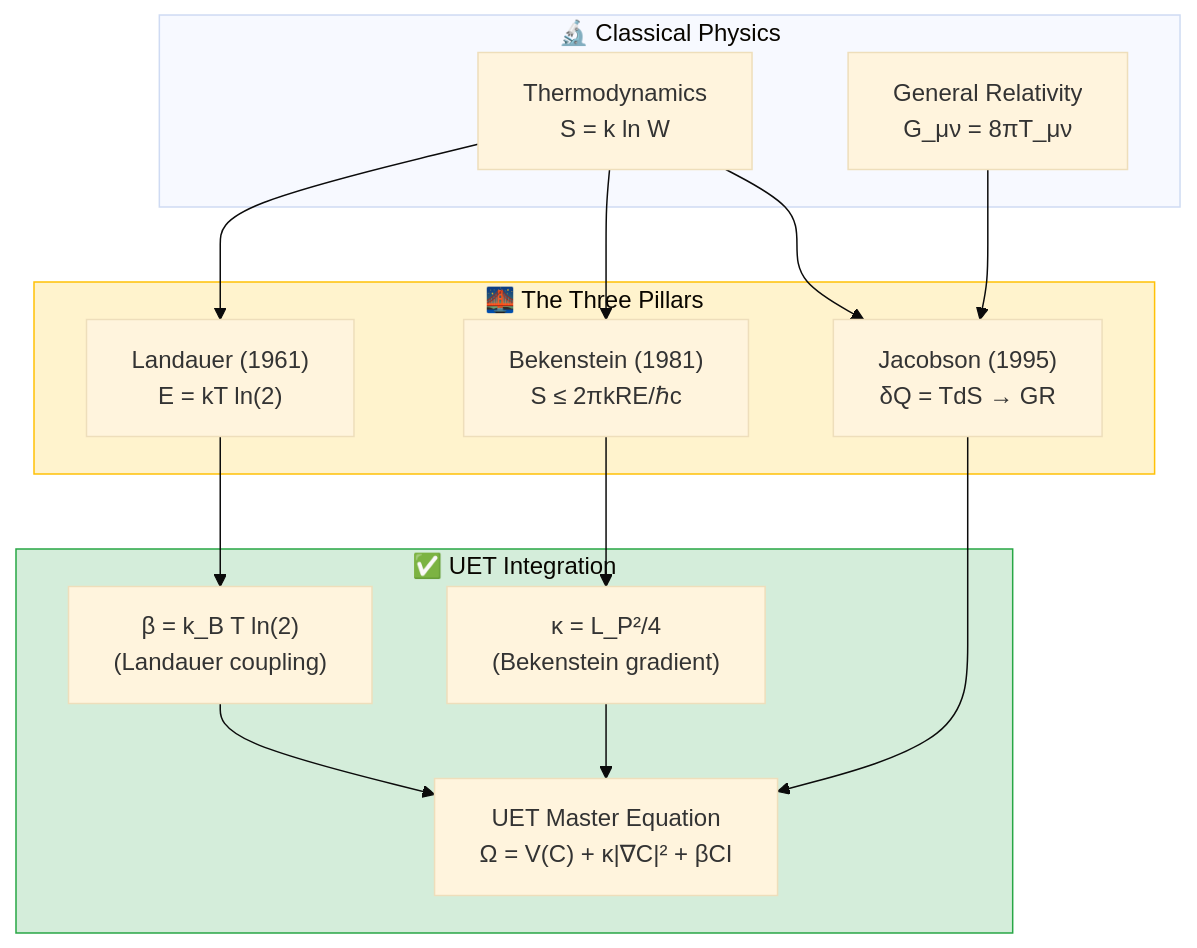
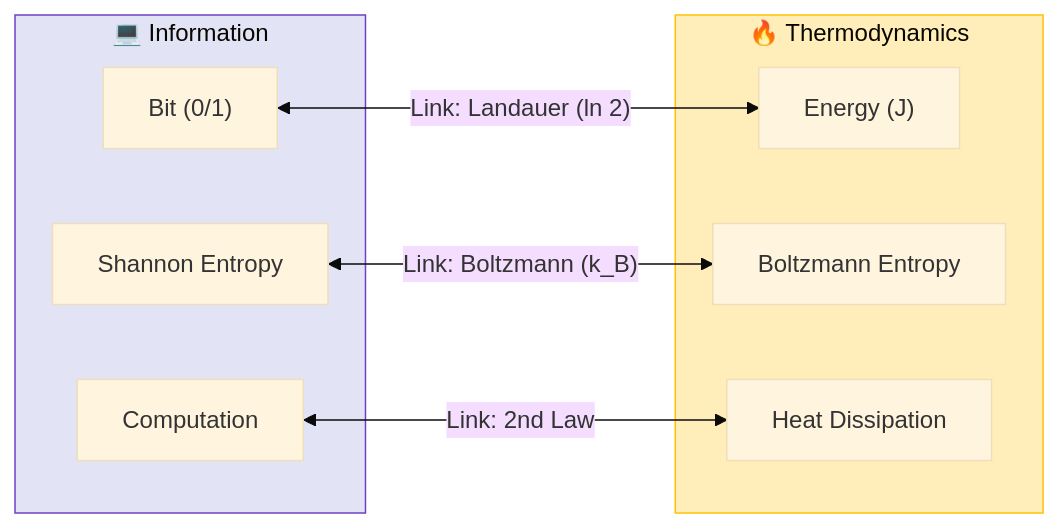
The diagram in research_uet/topics/0.13_Thermodynamic_Bridge/README.md (ellipszist/unityequilibriumtheory), drawn with Mermaid (base theme) before and after one commit. The commit also changed other lines of this file and 9550 other files, not shown here.

Commit message:
feat(v0.9.0): UET Grand Evolution - Added Time Theory, Core Docs, and Cleanup

````diff
--- a/research_uet/topics/0.13_Thermodynamic_Bridge/README.md
+++ b/research_uet/topics/0.13_Thermodynamic_Bridge/README.md
@@ -43,33 +26,21 @@
 ```mermaid
-graph TB
-    subgraph Classical["🔬 Classical Physics"]
-        Thermo["Thermodynamics<br/>S = k ln W"]
-        GR["General Relativity<br/>G_μν = 8πT_μν"]
+graph LR
+    subgraph Info["💻 Information"]
+        Bit["Bit (0/1)"]
+        Shannon["Shannon Entropy"]
+        Process["Computation"]
     end
     
-    subgraph Bridge["🌉 The Three Pillars"]
-        L["Landauer (1961)<br/>E = kT ln(2)"]
-        B["Bekenstein (1981)<br/>S ≤ 2πkRE/ℏc"]
-        J["Jacobson (1995)<br/>δQ = TdS → GR"]
+    subgraph Thermo["🔥 Thermodynamics"]
+        Energy["Energy (J)"]
+        Boltzmann["Boltzmann Entropy"]
+        Heat["Heat Dissipation"]
     end
     
-    subgraph UET["✅ UET Integration"]
-        Core["UET Master Equation<br/>Ω = V(C) + κ|∇C|² + βCI"]
-        Beta["β = k_B T ln(2)<br/>(Landauer coupling)"]
-        Kappa["κ = L_P²/4<br/>(Bekenstein gradient)"]
-    end
+    Bit <-->|"Link: Landauer (ln 2)"| Energy
+    Shannon <-->|"Link: Boltzmann (k_B)"| Boltzmann
+    Process <-->|"Link: 2nd Law"| Heat
     
-    Thermo --> L
-    Thermo --> B
-    Thermo --> J
-    GR --> J
-    
-    L --> Beta
-    B --> Kappa
-    J --> Core
-    Beta --> Core
-    Kappa --> Core
-    
-    style Bridge fill:#fff3cd,stroke:#ffc107
-    style UET fill:#d4edda,stroke:#28a745
+    style Info fill:#e2e3f5,stroke:#6f42c1
+    style Thermo fill:#ffeeba,stroke:#ffc107
 ```
````
